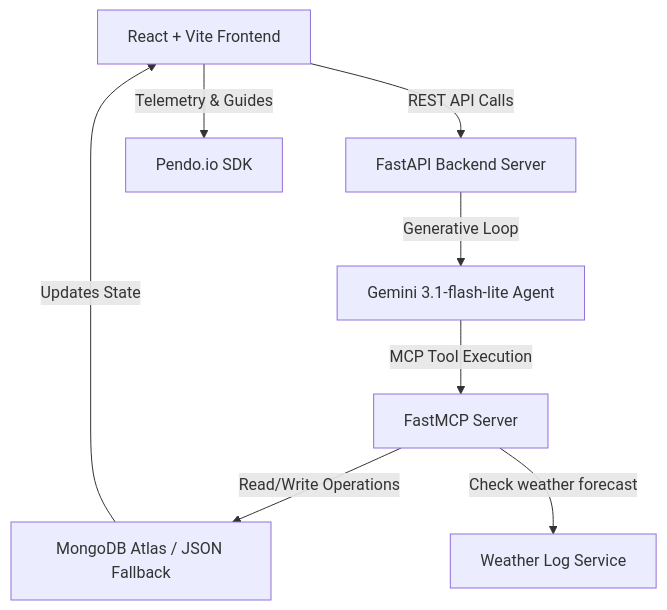
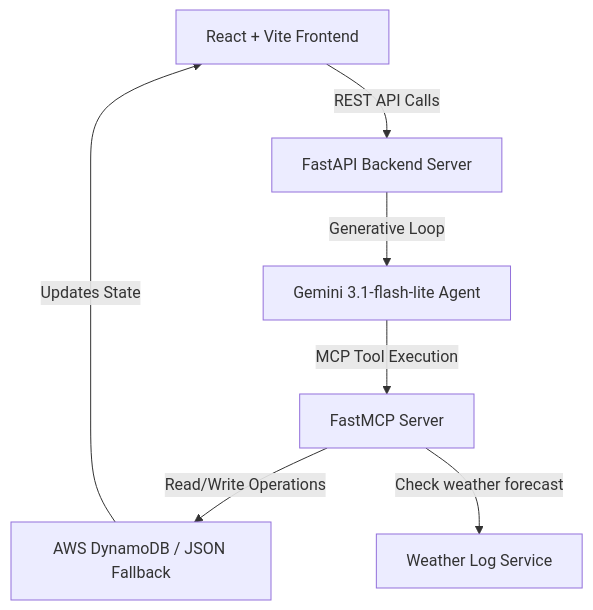
One commit to tanDivina/IslandFlow-AWS changed the diagram in README.md. Above: the diagram before and after it, drawn with Mermaid. The commit also changed other lines of this file and 4 other files, not shown here.

Commit message:
Remove Pendo SDK integration and convert telemetry dashboard to standard AWS/System Telemetry Console

````diff
--- a/README.md
+++ b/README.md
@@ -34,10 +31,9 @@
 ```mermaid
 graph TD
     A[React + Vite Frontend] -->|REST API Calls| B[FastAPI Backend Server]
     B -->|Generative Loop| C[Gemini 3.1-flash-lite Agent]
     C -->|MCP Tool Execution| D[FastMCP Server]
-    D -->|Read/Write Operations| E[MongoDB Atlas / JSON Fallback]
+    D -->|Read/Write Operations| E[AWS DynamoDB / JSON Fallback]
     D -->|Check weather forecast| F[Weather Log Service]
-    A -->|Telemetry & Guides| G[Pendo.io SDK]
     E -->|Updates State| A
 ```
````
